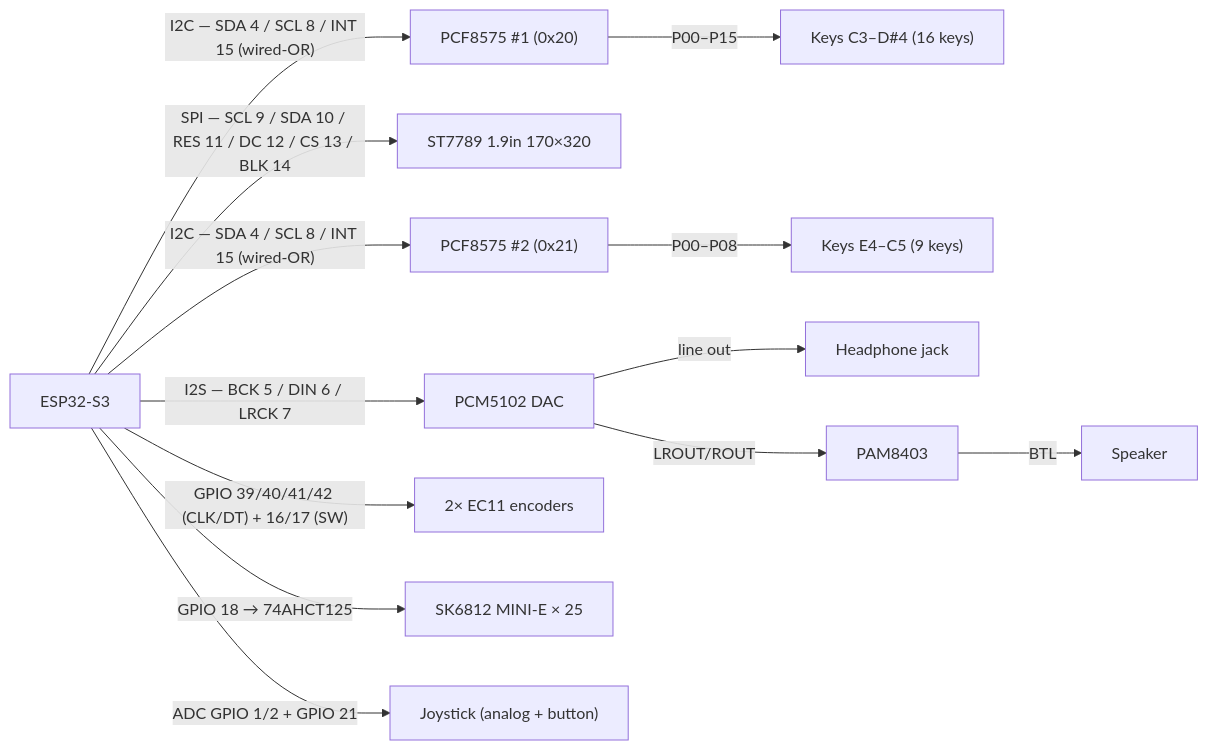
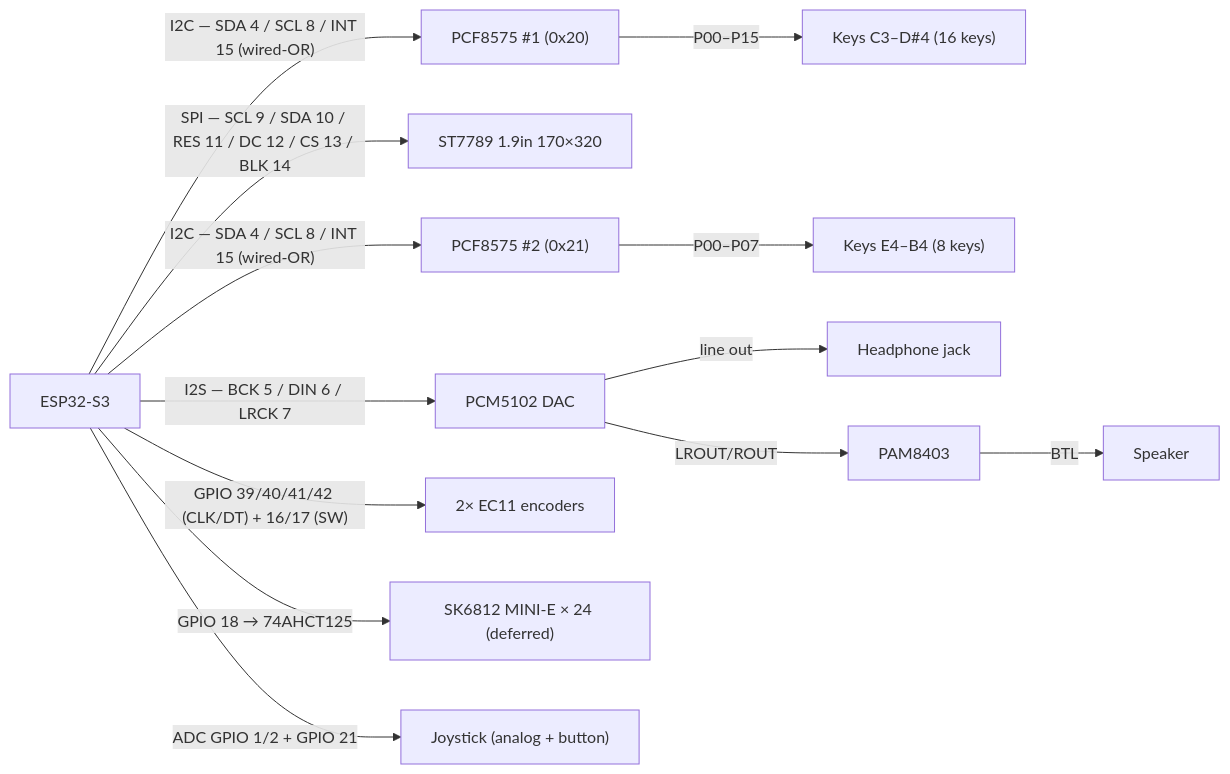
One commit to salazarr-js/pocket-groovebox changed the diagram in docs/hardware/wiring.md. Above: the diagram before and after it, drawn with Mermaid. The commit also changed other lines of this file and 31 other files, not shown here.

````diff
--- a/docs/hardware/wiring.md
+++ b/docs/hardware/wiring.md
@@ -15,16 +15,16 @@
 ```mermaid
 flowchart LR
     MCU["ESP32-S3"]
     MCU -->|"I2S — BCK 5 / DIN 6 / LRCK 7"| DAC["PCM5102 DAC"]
     MCU -->|"SPI — SCL 9 / SDA 10 / RES 11 / DC 12 / CS 13 / BLK 14"| TFT["ST7789 1.9in 170×320"]
     MCU -->|"I2C — SDA 4 / SCL 8 / INT 15 (wired-OR)"| EXP1["PCF8575 #1 (0x20)"]
     MCU -->|"I2C — SDA 4 / SCL 8 / INT 15 (wired-OR)"| EXP2["PCF8575 #2 (0x21)"]
     EXP1 -->|"P00–P15"| KEYS1["Keys C3–D#4 (16 keys)"]
-    EXP2 -->|"P00–P08"| KEYS2["Keys E4–C5 (9 keys)"]
+    EXP2 -->|"P00–P07"| KEYS2["Keys E4–B4 (8 keys)"]
     MCU -->|"GPIO 39/40/41/42 (CLK/DT) + 16/17 (SW)"| ENC["2× EC11 encoders"]
-    MCU -->|"GPIO 18 → 74AHCT125"| LED["SK6812 MINI-E × 25"]
+    MCU -->|"GPIO 18 → 74AHCT125"| LED["SK6812 MINI-E × 24 (deferred)"]
     MCU -->|"ADC GPIO 1/2 + GPIO 21"| JOY["Joystick (analog + button)"]
     DAC -->|"line out"| HP["Headphone jack"]
     DAC -->|"LROUT/ROUT"| AMP["PAM8403"]
     AMP -->|"BTL"| SPK["Speaker"]
 ```
````
